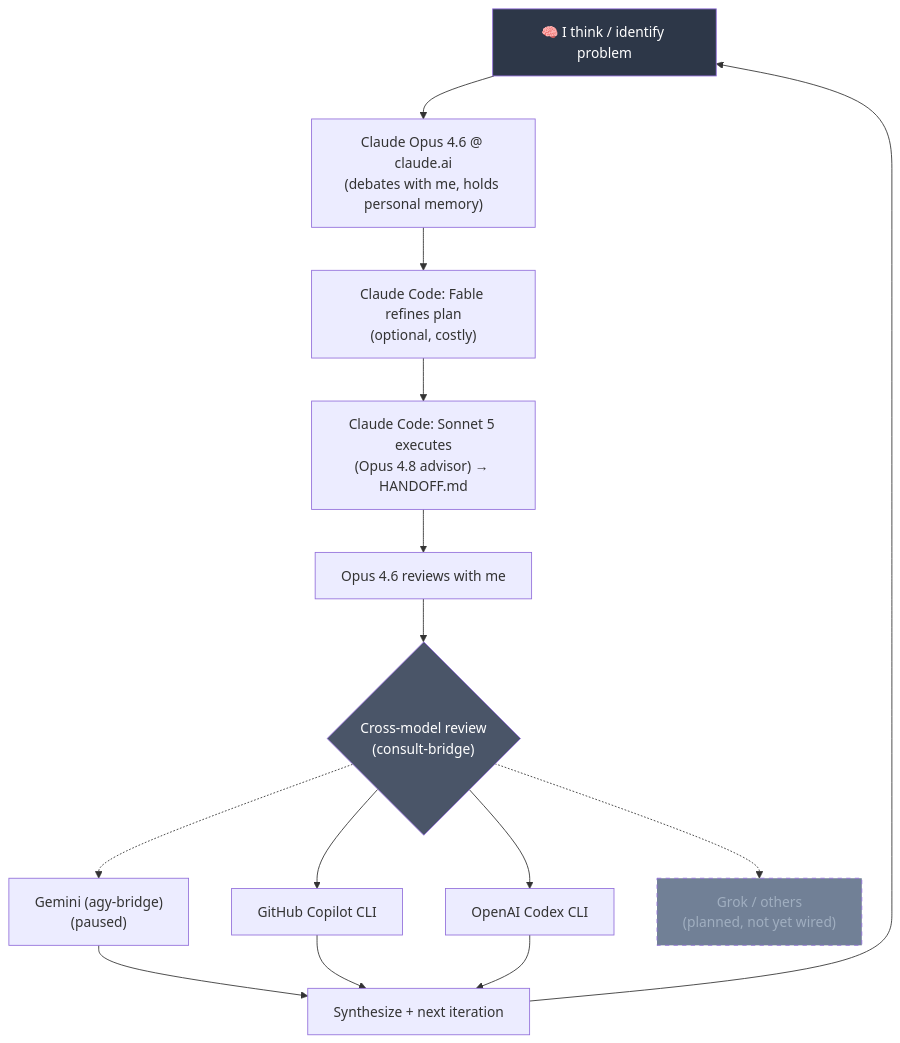
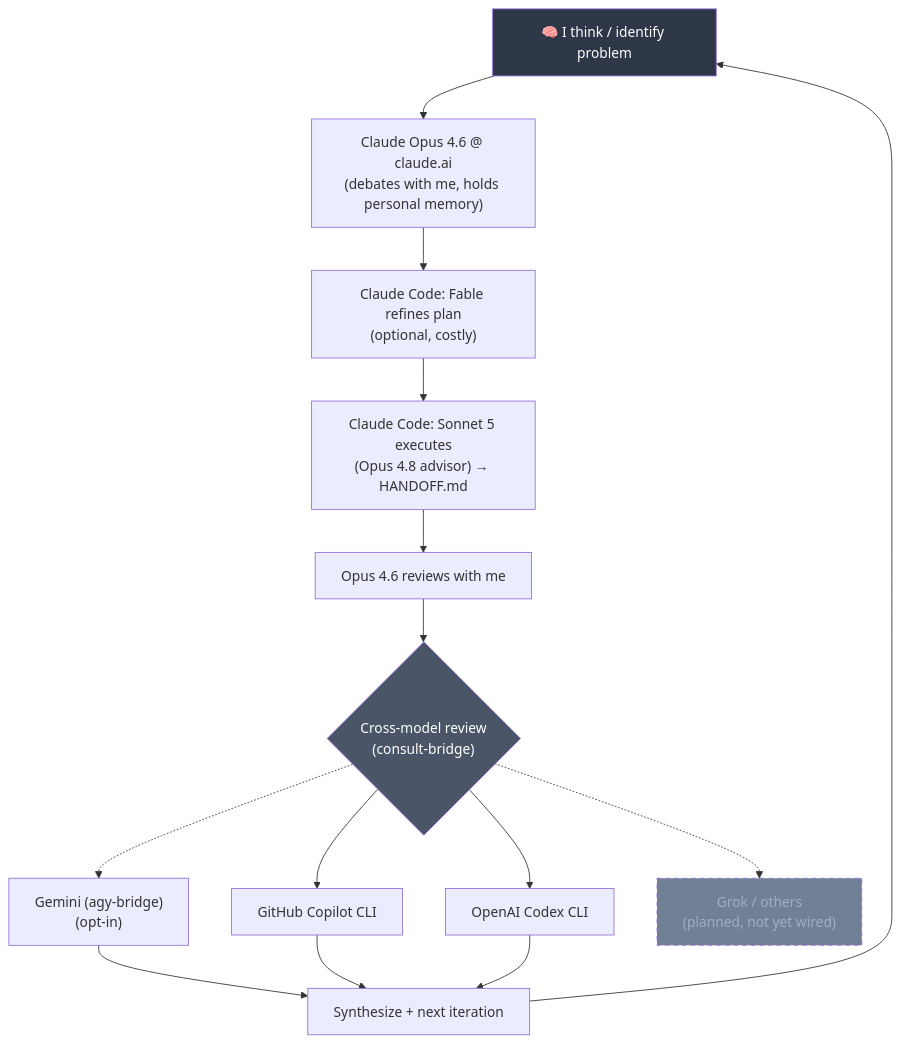
Before and after one commit to Hydr0neFN/claude-bridges: the diagram in README.md, drawn with Mermaid. The commit also changed other lines of this file and 1 other file, not shown here.

First line of the commit message:
README: agy is opt-in for quota, not paused

````diff
--- a/README.md
+++ b/README.md
@@ -11,18 +11,18 @@
 ```mermaid
 flowchart TD
     A["🧠 I think / identify problem"] --> B["Claude Opus 4.6 @ claude.ai<br/>(debates with me, holds personal memory)"]
     B --> C["Claude Code: Fable refines plan<br/>(optional, costly)"]
     C --> D["Claude Code: Sonnet 5 executes<br/>(Opus 4.8 advisor) → HANDOFF.md"]
     D --> E["Opus 4.6 reviews with me"]
     E --> F{"Cross-model review<br/>(consult-bridge)"}
-    F -.-> G["Gemini (agy-bridge)<br/>(paused)"]
+    F -.-> G["Gemini (agy-bridge)<br/>(opt-in)"]
     F --> H["GitHub Copilot CLI"]
     F --> I["OpenAI Codex CLI"]
     F -.-> J["Grok / others<br/>(planned, not yet wired)"]
     G & H & I --> K["Synthesize + next iteration"]
     K --> A
 
     style A fill:#2d3748,color:#fff
     style F fill:#4a5568,color:#fff
     style J fill:#718096,color:#a0aec0,stroke-dasharray: 5 5
 ```
````
